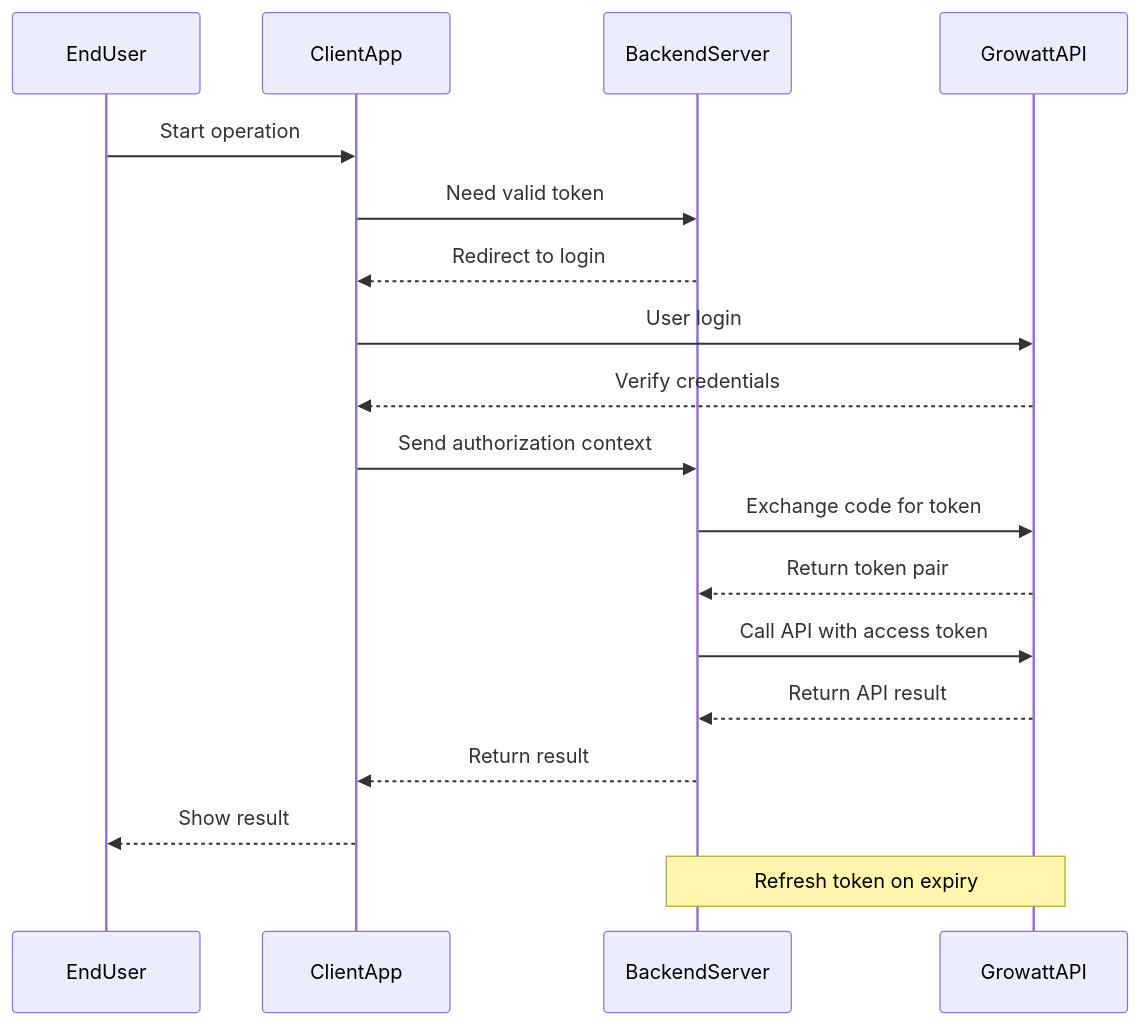
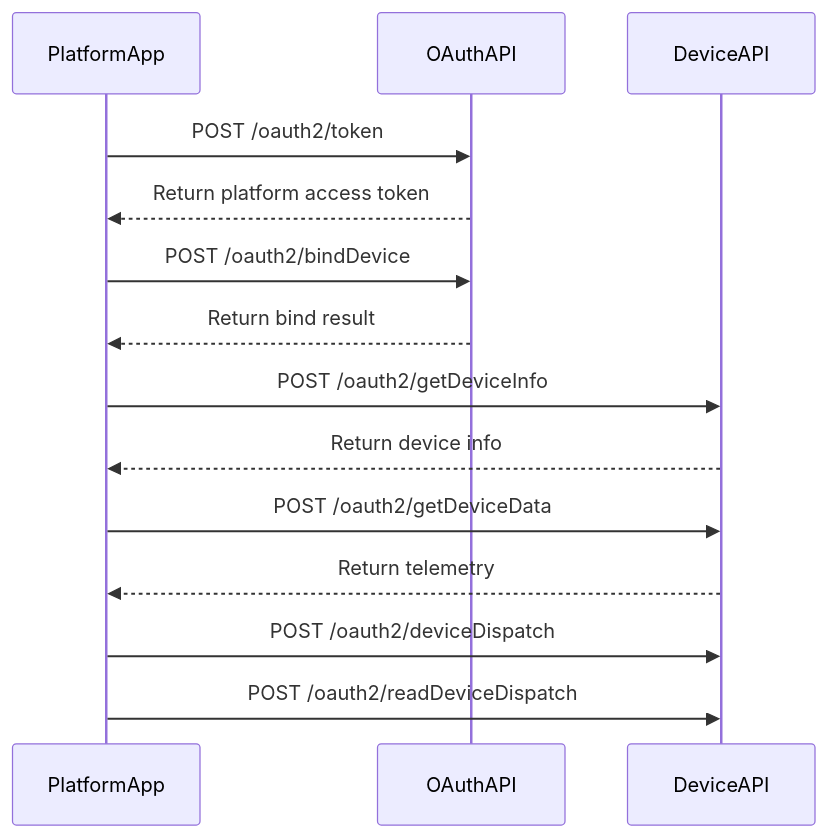
The second of 2 diagrams in Growatt API/OPENAPI/01_authentication.md (EugeneJian/growatt-unified-api), drawn with Mermaid before and after one commit. The commit also changed other lines of this file and 26 other files, not shown here.

````diff
--- a/Growatt API/OPENAPI/01_authentication.md
+++ b/Growatt API/OPENAPI/01_authentication.md
@@ -98,23 +107,18 @@
 ```mermaid
 %% 本代码严格遵循AI生成Mermaid代码的终极准则v4.1（Mermaid终极大师）
 sequenceDiagram
-    participant User as EndUser
-    participant App as ClientApp
-    participant Server as BackendServer
-    participant Growatt as GrowattAPI
+    participant Platform as PlatformApp
+    participant OAuth as OAuthAPI
+    participant Device as DeviceAPI
 
-    User->>App: Start operation
-    App->>Server: Need valid token
-    Server-->>App: Redirect to login
-    App->>Growatt: User login
-    Growatt-->>App: Verify credentials
-    App->>Server: Send authorization context
-    Server->>Growatt: Exchange code for token
-    Growatt-->>Server: Return token pair
-    Server->>Growatt: Call API with access token
-    Growatt-->>Server: Return API result
-    Server-->>App: Return result
-    App-->>User: Show result
-
-    Note over Server,Growatt: Refresh token on expiry
+    Platform->>OAuth: POST /oauth2/token
+    OAuth-->>Platform: Return platform access token
+    Platform->>OAuth: POST /oauth2/bindDevice
+    OAuth-->>Platform: Return bind result
+    Platform->>Device: POST /oauth2/getDeviceInfo
+    Device-->>Platform: Return device info
+    Platform->>Device: POST /oauth2/getDeviceData
+    Device-->>Platform: Return telemetry
+    Platform->>Device: POST /oauth2/deviceDispatch
+    Platform->>Device: POST /oauth2/readDeviceDispatch
 ```
````
